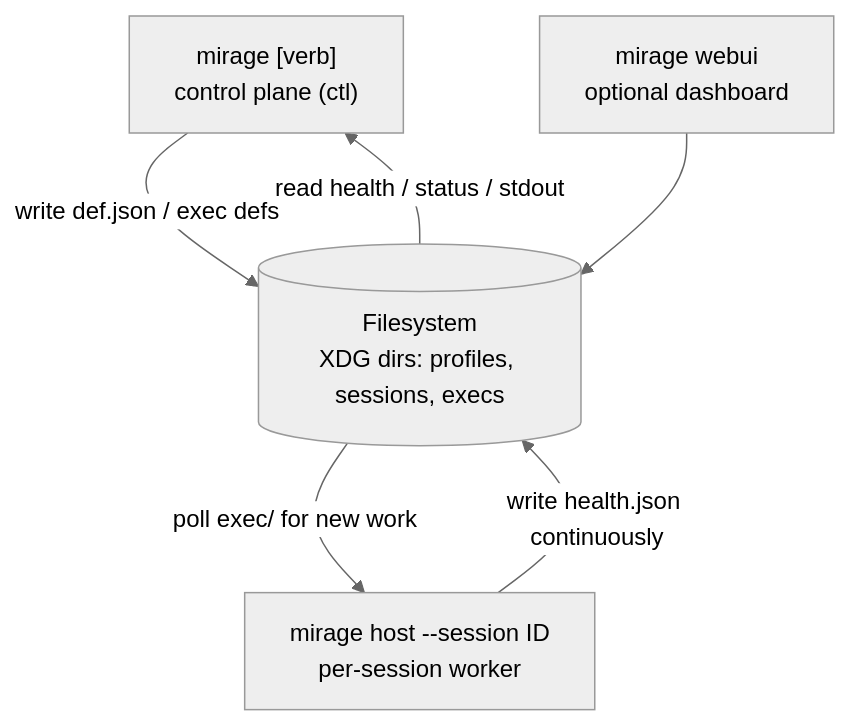
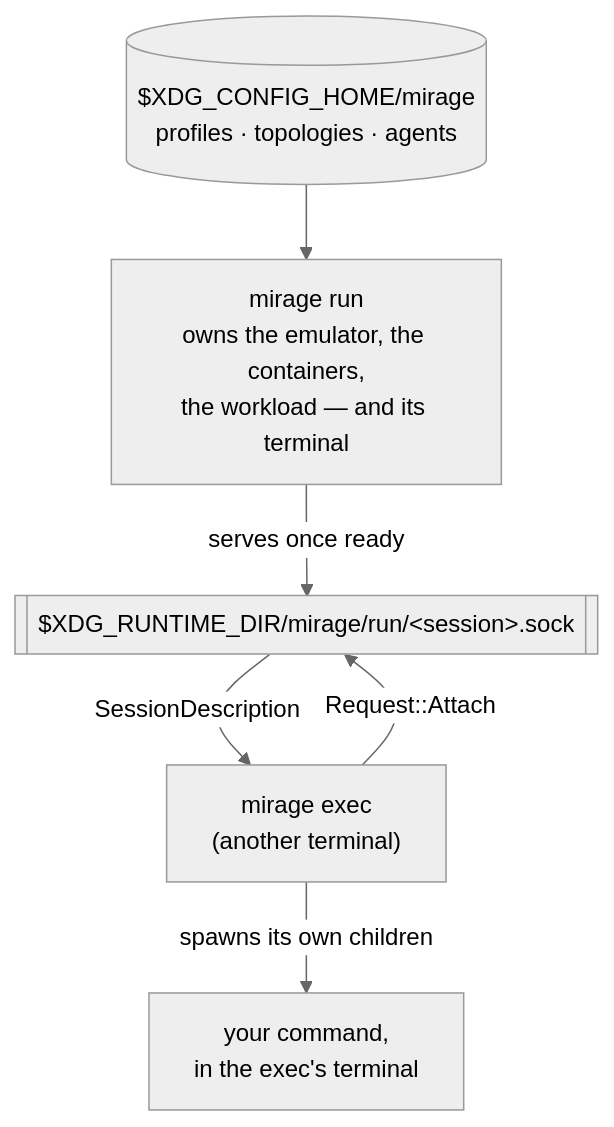
One commit to ROCm/rocm-systems changed the third of 14 diagrams in emulation/mirage/docs/demo-debugging-at-scale.md. Above: the diagram before and after it, drawn with Mermaid (neutral theme). The commit also changed other lines of this file and 148 other files, not shown here.

````diff
--- a/emulation/mirage/docs/demo-debugging-at-scale.md
+++ b/emulation/mirage/docs/demo-debugging-at-scale.md
@@ -137,13 +139,13 @@
 ```mermaid
 flowchart TB
-    CLI["mirage [verb]<br/>control plane (ctl)"]
-    HOST["mirage host --session ID<br/>per-session worker"]
-    WEB["mirage webui<br/>optional dashboard"]
-    FS[("Filesystem<br/>XDG dirs: profiles, sessions, execs")]
+    CFG[("$XDG_CONFIG_HOME/mirage<br/>profiles · topologies · agents")]
+    RUN["mirage run<br/>owns the emulator, the containers,<br/>the workload — and its terminal"]
+    SOCK[["$XDG_RUNTIME_DIR/mirage/run/&lt;session&gt;.sock"]]
+    EX["mirage exec<br/>(another terminal)"]
 
-    CLI -->|"write def.json / exec defs"| FS
-    FS -->|"read health / status / stdout"| CLI
-    HOST -->|"write health.json continuously"| FS
-    FS -->|"poll exec/ for new work"| HOST
-    WEB --> FS
+    CFG --> RUN
+    RUN -->|"serves once ready"| SOCK
+    EX -->|"Request::Attach"| SOCK
+    SOCK -->|"SessionDescription"| EX
+    EX -->|"spawns its own children"| W["your command,<br/>in the exec's terminal"]
 ```
````
